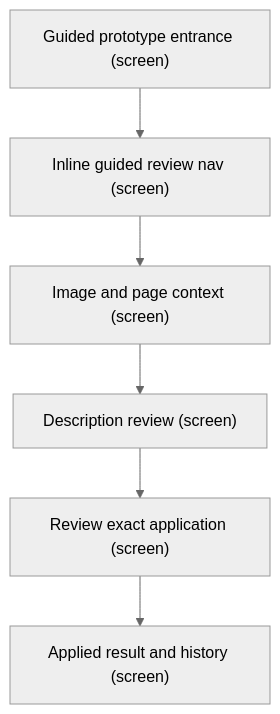
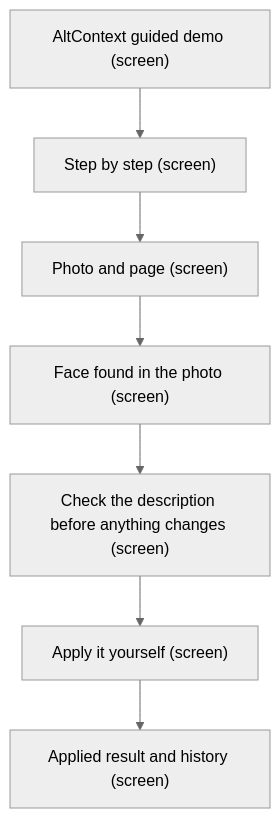
The first of 6 diagrams in apps/prototype-wp-alt-context/docs/ux-maps/guided-prototype.md (darce/context-alt-text-monorepo), drawn with Mermaid (neutral theme) before and after one commit. The commit also changed other lines of this file and 1 other file, not shown here.

First line of the commit message:
offload: UX map updated and committed with the face-match stage and

````diff
--- a/apps/prototype-wp-alt-context/docs/ux-maps/guided-prototype.md
+++ b/apps/prototype-wp-alt-context/docs/ux-maps/guided-prototype.md
@@ -208,15 +248,17 @@
 ```mermaid
 flowchart TD
-  %% flow: Confirmed identity woven into description, reviewed and applied job=review
-  n_intro["Guided prototype entrance (screen)"]
-  n_guide["Inline guided review nav (screen)"]
+  %% flow: You confirm the match, check the description, and apply it job=review
+  n_intro["AltContext guided demo (screen)"]
+  n_guide["Step by step (screen)"]
   n_intro --> n_guide
-  n_evidence["Image and page context (screen)"]
+  n_evidence["Photo and page (screen)"]
   n_guide --> n_evidence
-  n_draft["Description review (screen)"]
-  n_evidence --> n_draft
-  n_apply["Review exact application (screen)"]
+  n_face["Face found in the photo (screen)"]
+  n_evidence --> n_face
+  n_draft["Check the description before anything changes (screen)"]
+  n_face --> n_draft
+  n_apply["Apply it yourself (screen)"]
   n_draft --> n_apply
   n_result["Applied result and history (screen)"]
   n_apply --> n_result
 ```
````
